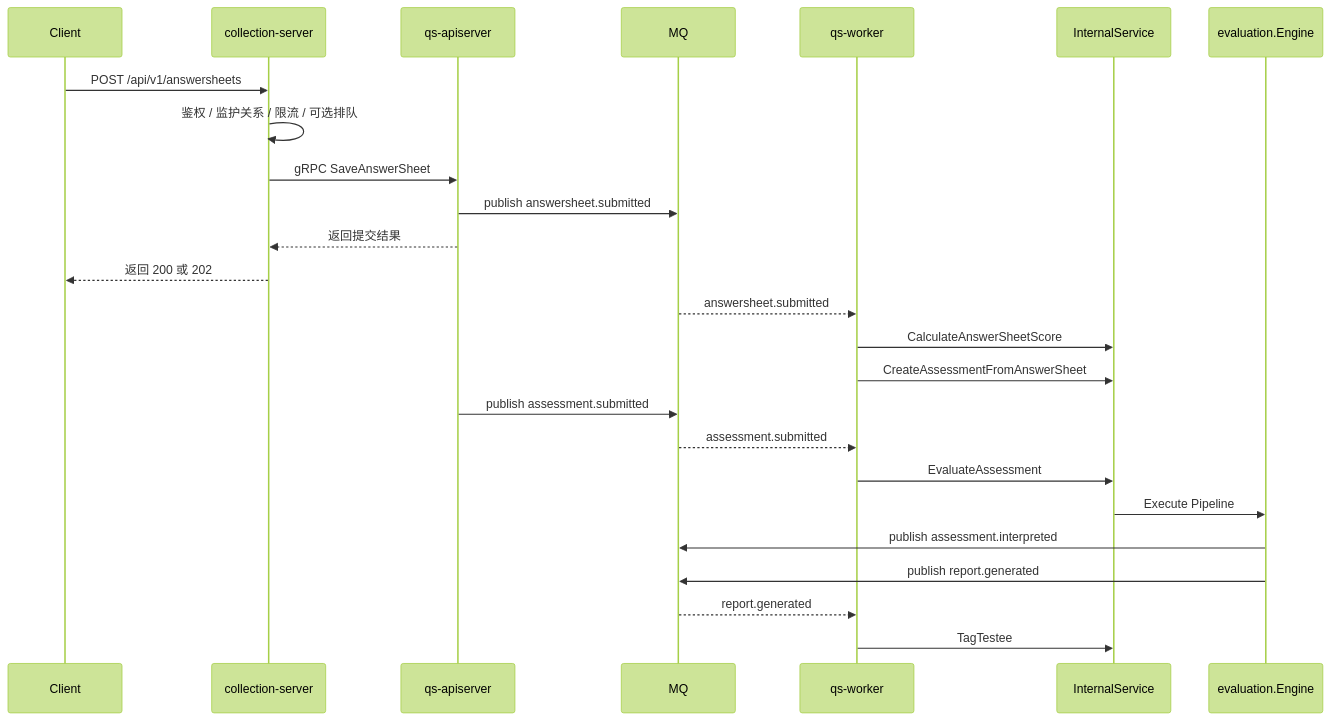
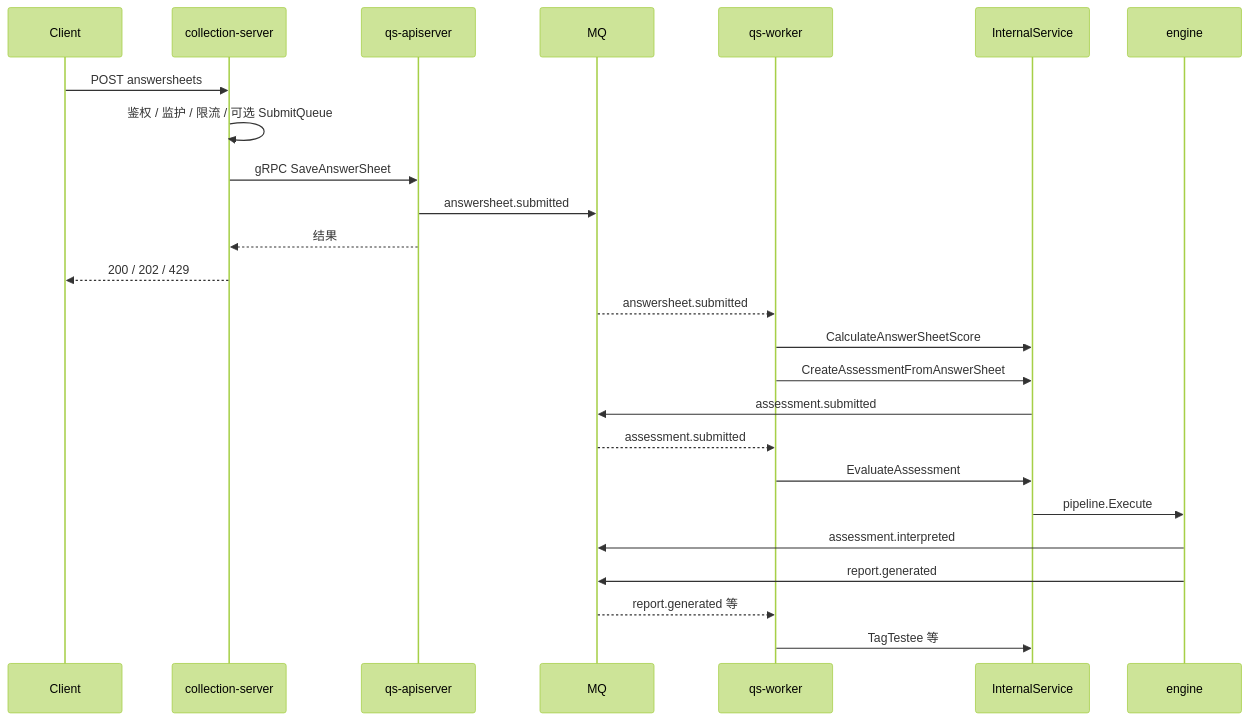
Before and after one commit to FangcunMount/qs-server: the first of 3 diagrams in docs/05-专题分析/02-异步评估链路：从答卷提交到报告生成.md, drawn with Mermaid (forest theme). The commit also changed other lines of this file and 34 other files, not shown here.

````diff
--- a/docs/05-专题分析/02-异步评估链路：从答卷提交到报告生成.md
+++ b/docs/05-专题分析/02-异步评估链路：从答卷提交到报告生成.md
@@ -33,31 +55,31 @@
 ```mermaid
 sequenceDiagram
-    participant Client as Client
-    participant Collection as collection-server
+    participant C as Client
+    participant Col as collection-server
     participant API as qs-apiserver
     participant MQ as MQ
-    participant Worker as qs-worker
-    participant Internal as InternalService
-    participant Engine as evaluation.Engine
+    participant W as qs-worker
+    participant Int as InternalService
+    participant Eng as engine
 
-    Client->>Collection: POST /api/v1/answersheets
-    Collection->>Collection: 鉴权 / 监护关系 / 限流 / 可选排队
-    Collection->>API: gRPC SaveAnswerSheet
-    API->>MQ: publish answersheet.submitted
-    API-->>Collection: 返回提交结果
-    Collection-->>Client: 返回 200 或 202
+    C->>Col: POST answersheets
+    Col->>Col: 鉴权 / 监护 / 限流 / 可选 SubmitQueue
+    Col->>API: gRPC SaveAnswerSheet
+    API->>MQ: answersheet.submitted
+    API-->>Col: 结果
+    Col-->>C: 200 / 202 / 429
 
-    MQ-->>Worker: answersheet.submitted
-    Worker->>Internal: CalculateAnswerSheetScore
-    Worker->>Internal: CreateAssessmentFromAnswerSheet
-    API->>MQ: publish assessment.submitted
+    MQ-->>W: answersheet.submitted
+    W->>Int: CalculateAnswerSheetScore
+    W->>Int: CreateAssessmentFromAnswerSheet
+    Int->>MQ: assessment.submitted
 
-    MQ-->>Worker: assessment.submitted
-    Worker->>Internal: EvaluateAssessment
-    Internal->>Engine: Execute Pipeline
-    Engine->>MQ: publish assessment.interpreted
-    Engine->>MQ: publish report.generated
+    MQ-->>W: assessment.submitted
+    W->>Int: EvaluateAssessment
+    Int->>Eng: pipeline.Execute
+    Eng->>MQ: assessment.interpreted
+    Eng->>MQ: report.generated
 
-    MQ-->>Worker: report.generated
-    Worker->>Internal: TagTestee
+    MQ-->>W: report.generated 等
+    W->>Int: TagTestee 等
 ```
````
